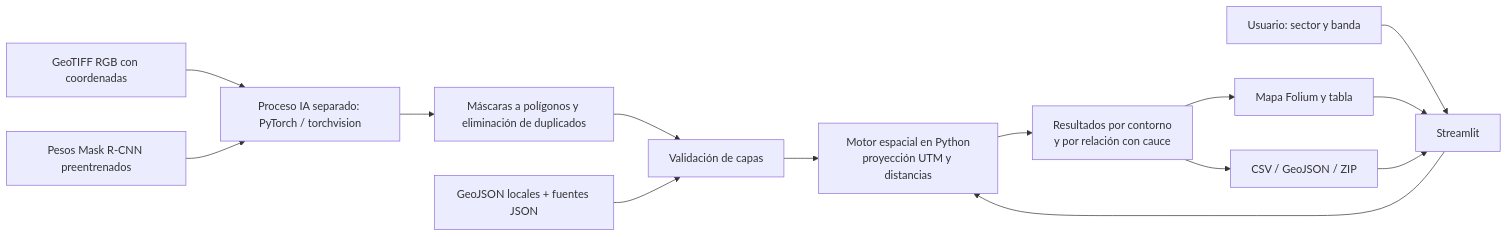
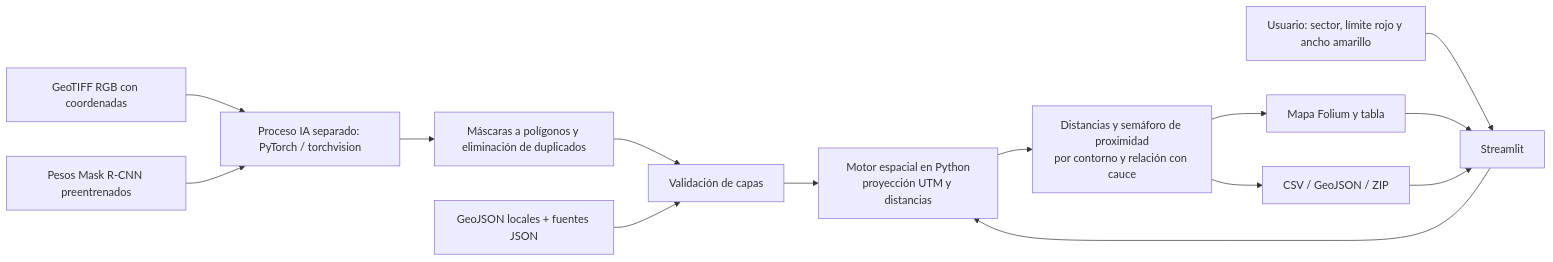
Before and after one commit to dpacoria21/gsti-teo: the diagram in README.md, drawn with Mermaid. The commit also changed other lines of this file and 16 other files, not shown here.

````diff
--- a/README.md
+++ b/README.md
@@ -94,16 +114,16 @@
 ```mermaid
 flowchart LR
     I[GeoTIFF RGB con coordenadas] --> P[Proceso IA separado: PyTorch / torchvision]
     W[Pesos Mask R-CNN preentrenados] --> P
     P --> V[Máscaras a polígonos y eliminación de duplicados]
     V --> L
     D[GeoJSON locales + fuentes JSON] --> L[Validación de capas]
     L --> M[Motor espacial en Python\nproyección UTM y distancias]
-    U[Usuario: sector y banda] --> S[Streamlit]
+    U[Usuario: sector, límite rojo y ancho amarillo] --> S[Streamlit]
     S --> M
-    M --> R[Resultados por contorno\ny por relación con cauce]
+    M --> R[Distancias y semáforo de proximidad\npor contorno y relación con cauce]
     R --> F[Mapa Folium y tabla]
     R --> E[CSV / GeoJSON / ZIP]
     F --> S
     E --> S
 ```
````
